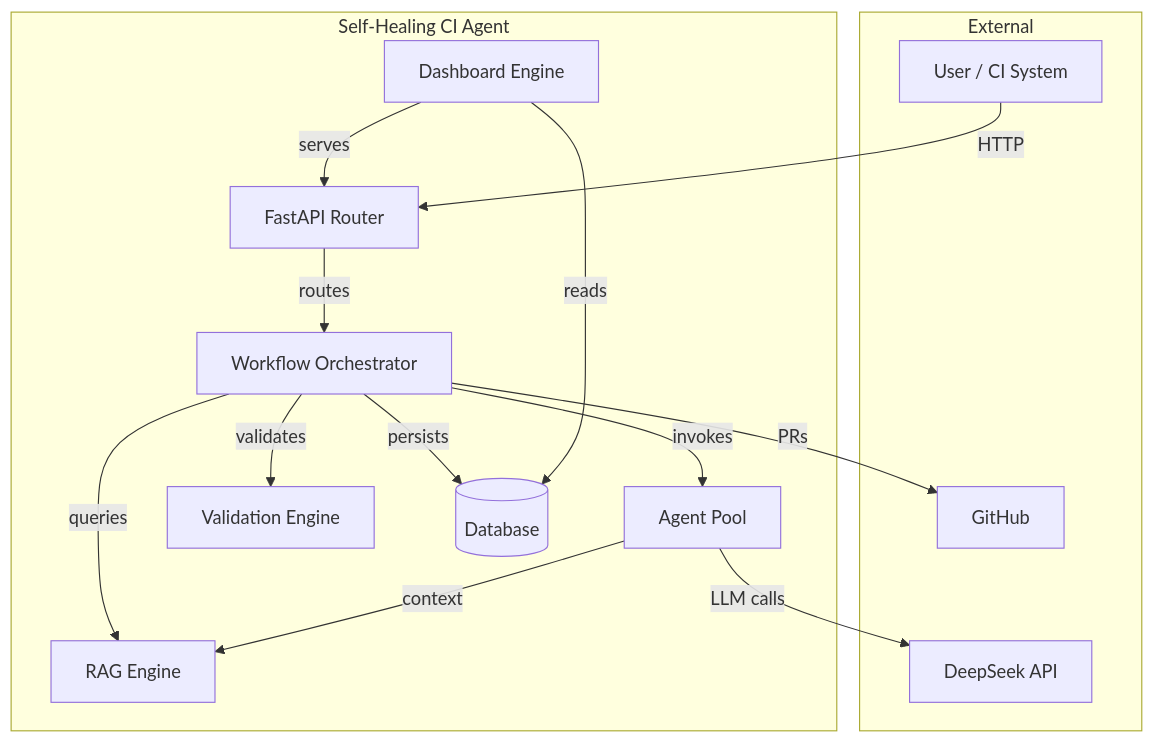
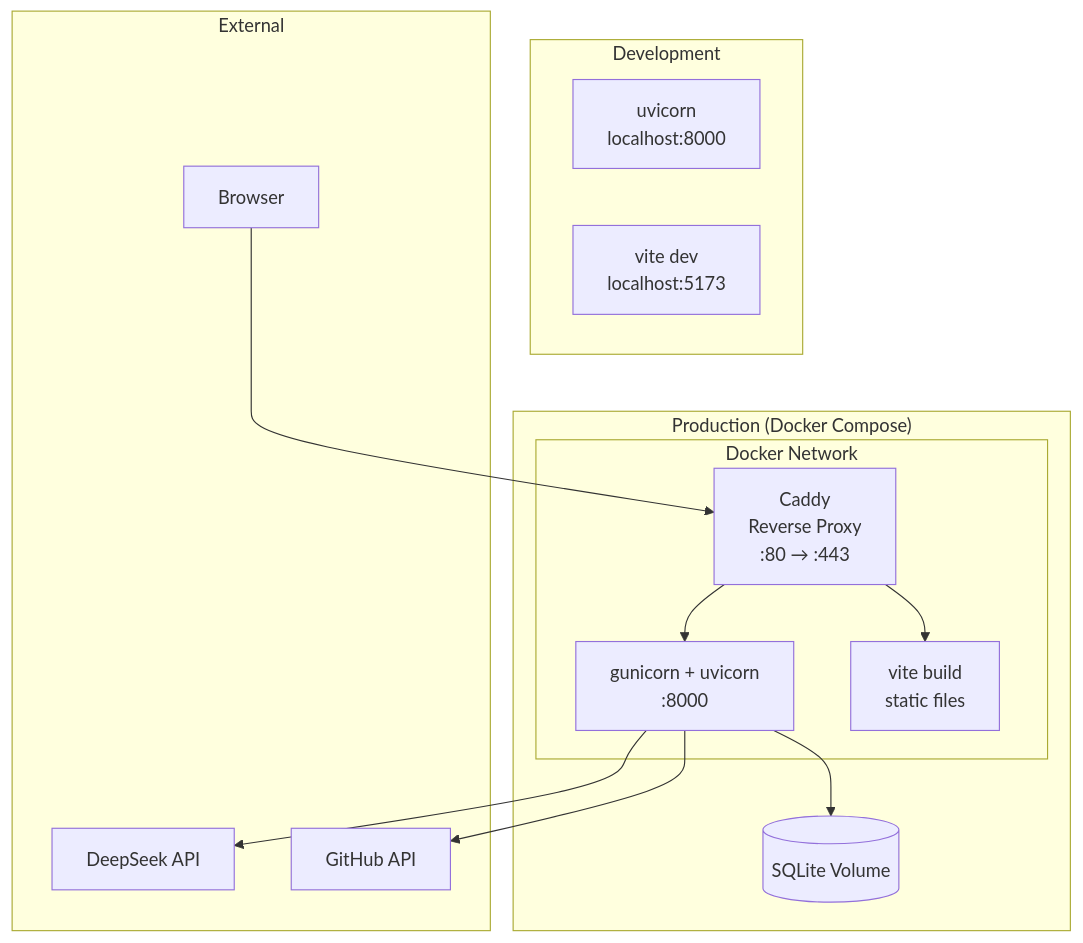
Before and after one commit to Poulabi8137/self-healing-ci-agent: the seventh of 8 diagrams in docs/architecture.md, drawn with Mermaid. The commit also changed other lines of this file and 38 other files, not shown here.

````diff
--- a/docs/architecture.md
+++ b/docs/architecture.md
@@ -132,30 +480,29 @@
 ```mermaid
 graph TB
-    subgraph External
-        USER[User / CI System]
-        GH[GitHub]
-        DS[DeepSeek API]
+    subgraph "Development"
+        DEV_BACK[uvicorn<br/>localhost:8000]
+        DEV_FRONT[vite dev<br/>localhost:5173]
     end
 
-    subgraph "Self-Healing CI Agent"
-        API[FastAPI Router]
-        WF[Workflow Orchestrator]
-        AG[Agent Pool]
-        RAG[RAG Engine]
-        VAL[Validation Engine]
-        DASH[Dashboard Engine]
-        DB[(Database)]
+    subgraph "Production (Docker Compose)"
+        subgraph "Docker Network"
+            CADDY[Caddy<br/>Reverse Proxy<br/>:80 → :443]
+            API_PROD[gunicorn + uvicorn<br/>:8000]
+            STATIC[vite build<br/>static files]
+        end
+        DATA[(SQLite Volume)]
     end
 
-    USER -- HTTP --> API
-    API -- routes --> WF
-    WF -- invokes --> AG
-    WF -- queries --> RAG
-    WF -- validates --> VAL
-    WF -- persists --> DB
-    AG -- LLM calls --> DS
-    AG -- context --> RAG
-    WF -- PRs --> GH
-    DASH -- reads --> DB
-    DASH -- serves --> API
+    subgraph "External"
+        LLM_API[DeepSeek API]
+        GITHUB[GitHub API]
+        USER_BROWSER[Browser]
+    end
+
+    USER_BROWSER --> CADDY
+    CADDY --> API_PROD
+    CADDY --> STATIC
+    API_PROD --> LLM_API
+    API_PROD --> GITHUB
+    API_PROD --> DATA
 ```
````
